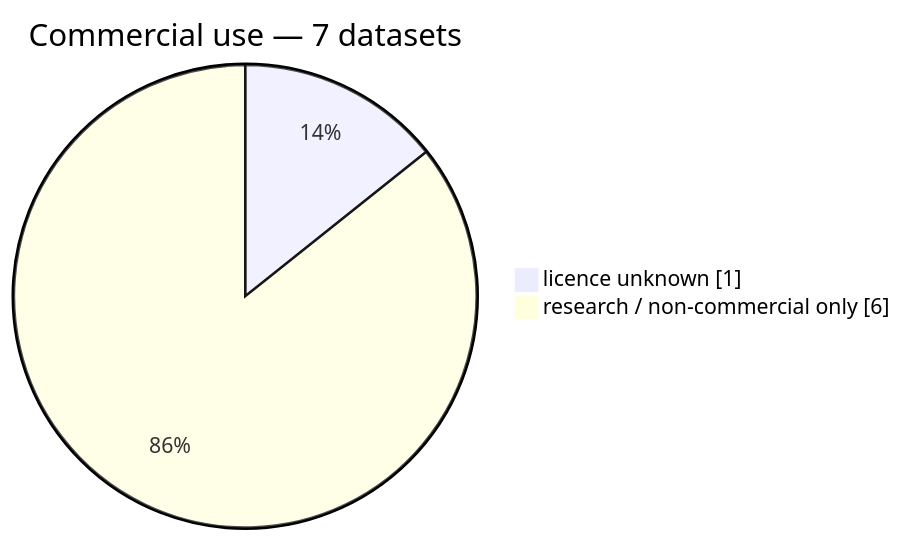
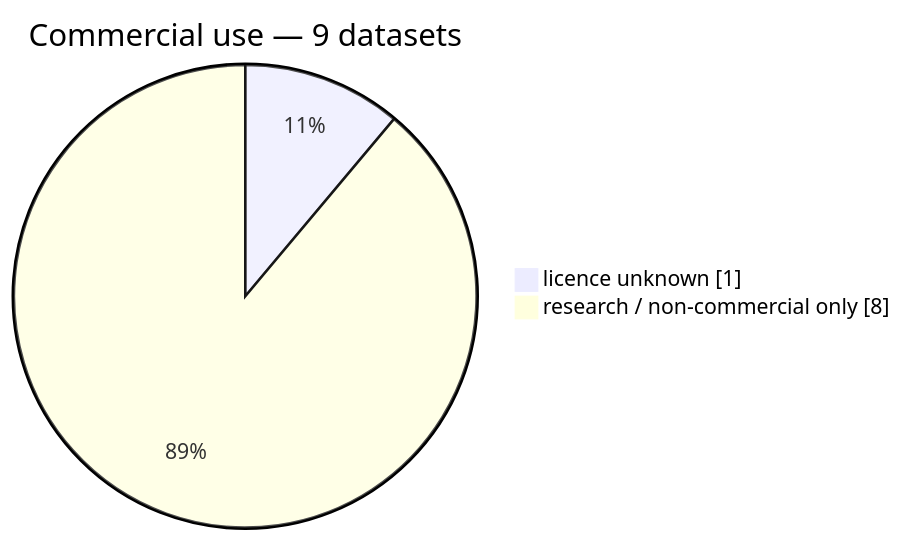
The first of 2 diagrams in results/table.md (karolmajek/torment-nexus), drawn with Mermaid before and after one commit. The commit also changed other lines of this file and 618 other files, not shown here.

````diff
--- a/results/table.md
+++ b/results/table.md
@@ -82,6 +91,6 @@
 ```mermaid
 pie showData
-    title Commercial use — 7 datasets
+    title Commercial use — 9 datasets
     "licence unknown" : 1
-    "research / non-commercial only" : 6
+    "research / non-commercial only" : 8
 ```
````
